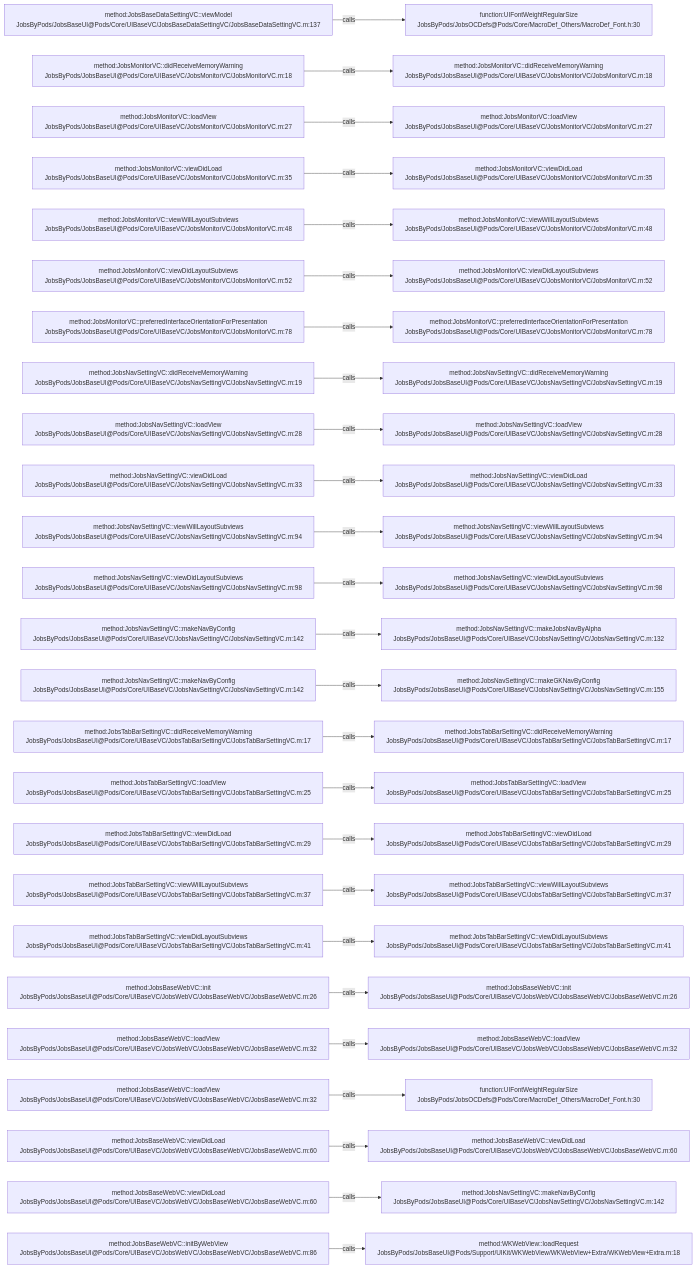
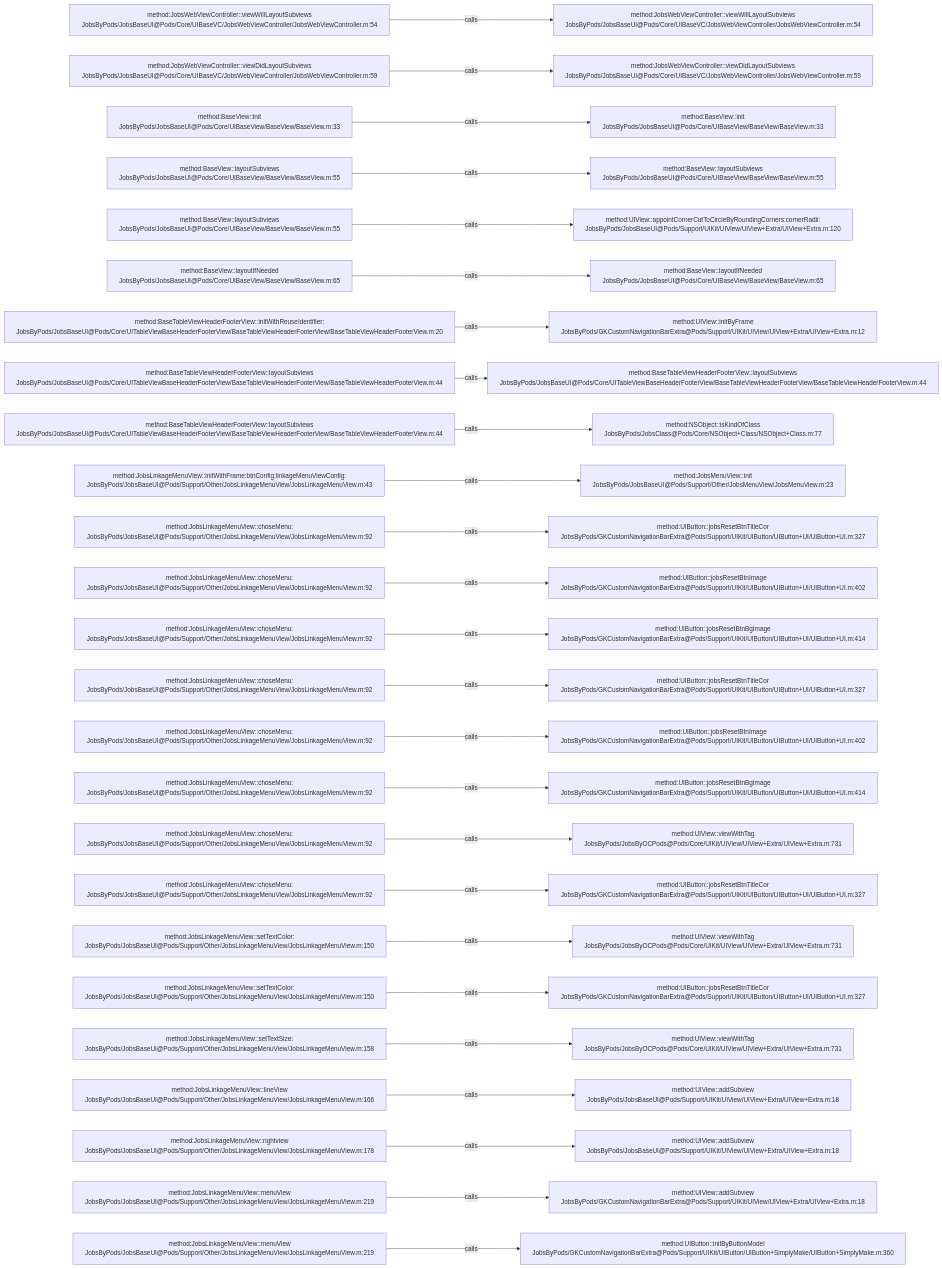
One commit to JobsKits/JobsOCBaseConfigDemo changed the diagram in .codegraph/codegraph.md/graphs/calls-034.md. Above: the diagram before and after it, drawn with Mermaid. The commit also changed 639 other files, not shown here.

````diff
--- a/.codegraph/codegraph.md/graphs/calls-034.md
+++ b/.codegraph/codegraph.md/graphs/calls-034.md
@@ -13,78 +13,78 @@
 ```mermaid
 flowchart LR
-  S1["method:JobsBaseDataSettingVC::viewModel<br/>JobsByPods/JobsBaseUI@Pods/Core/UIBaseVC/JobsBaseDataSettingVC/JobsBaseDataSettingVC.m:137"]
-  T1["function:UIFontWeightRegularSize<br/>JobsByPods/JobsOCDefs@Pods/Core/MacroDef_Others/MacroDef_Font.h:30"]
+  S1["method:JobsWebViewController::viewWillLayoutSubviews<br/>JobsByPods/JobsBaseUI@Pods/Core/UIBaseVC/JobsWebViewController/JobsWebViewController.m:54"]
+  T1["method:JobsWebViewController::viewWillLayoutSubviews<br/>JobsByPods/JobsBaseUI@Pods/Core/UIBaseVC/JobsWebViewController/JobsWebViewController.m:54"]
   S1 -->|calls| T1
-  S2["method:JobsMonitorVC::didReceiveMemoryWarning<br/>JobsByPods/JobsBaseUI@Pods/Core/UIBaseVC/JobsMonitorVC/JobsMonitorVC.m:18"]
-  T2["method:JobsMonitorVC::didReceiveMemoryWarning<br/>JobsByPods/JobsBaseUI@Pods/Core/UIBaseVC/JobsMonitorVC/JobsMonitorVC.m:18"]
+  S2["method:JobsWebViewController::viewDidLayoutSubviews<br/>JobsByPods/JobsBaseUI@Pods/Core/UIBaseVC/JobsWebViewController/JobsWebViewController.m:59"]
+  T2["method:JobsWebViewController::viewDidLayoutSubviews<br/>JobsByPods/JobsBaseUI@Pods/Core/UIBaseVC/JobsWebViewController/JobsWebViewController.m:59"]
   S2 -->|calls| T2
-  S3["method:JobsMonitorVC::loadView<br/>JobsByPods/JobsBaseUI@Pods/Core/UIBaseVC/JobsMonitorVC/JobsMonitorVC.m:27"]
-  T3["method:JobsMonitorVC::loadView<br/>JobsByPods/JobsBaseUI@Pods/Core/UIBaseVC/JobsMonitorVC/JobsMonitorVC.m:27"]
+  S3["method:BaseView::init<br/>JobsByPods/JobsBaseUI@Pods/Core/UIBaseView/BaseView/BaseView.m:33"]
+  T3["method:BaseView::init<br/>JobsByPods/JobsBaseUI@Pods/Core/UIBaseView/BaseView/BaseView.m:33"]
   S3 -->|calls| T3
-  S4["method:JobsMonitorVC::viewDidLoad<br/>JobsByPods/JobsBaseUI@Pods/Core/UIBaseVC/JobsMonitorVC/JobsMonitorVC.m:35"]
-  T4["method:JobsMonitorVC::viewDidLoad<br/>JobsByPods/JobsBaseUI@Pods/Core/UIBaseVC/JobsMonitorVC/JobsMonitorVC.m:35"]
+  S4["method:BaseView::layoutSubviews<br/>JobsByPods/JobsBaseUI@Pods/Core/UIBaseView/BaseView/BaseView.m:55"]
+  T4["method:BaseView::layoutSubviews<br/>JobsByPods/JobsBaseUI@Pods/Core/UIBaseView/BaseView/BaseView.m:55"]
   S4 -->|calls| T4
-  S5["method:JobsMonitorVC::viewWillLayoutSubviews<br/>JobsByPods/JobsBaseUI@Pods/Core/UIBaseVC/JobsMonitorVC/JobsMonitorVC.m:48"]
-  T5["method:JobsMonitorVC::viewWillLayoutSubviews<br/>JobsByPods/JobsBaseUI@Pods/Core/UIBaseVC/JobsMonitorVC/JobsMonitorVC.m:48"]
+  S5["method:BaseView::layoutSubviews<br/>JobsByPods/JobsBaseUI@Pods/Core/UIBaseView/BaseView/BaseView.m:55"]
+  T5["method:UIView::appointCornerCutToCircleByRoundingCorners:cornerRadii:<br/>JobsByPods/JobsBaseUI@Pods/Support/UIKit/UIView/UIView+Extra/UIView+Extra.m:120"]
   S5 -->|calls| T5
-  S6["method:JobsMonitorVC::viewDidLayoutSubviews<br/>JobsByPods/JobsBaseUI@Pods/Core/UIBaseVC/JobsMonitorVC/JobsMonitorVC.m:52"]
-  T6["method:JobsMonitorVC::viewDidLayoutSubviews<br/>JobsByPods/JobsBaseUI@Pods/Core/UIBaseVC/JobsMonitorVC/JobsMonitorVC.m:52"]
+  S6["method:BaseView::layoutIfNeeded<br/>JobsByPods/JobsBaseUI@Pods/Core/UIBaseView/BaseView/BaseView.m:65"]
+  T6["method:BaseView::layoutIfNeeded<br/>JobsByPods/JobsBaseUI@Pods/Core/UIBaseView/BaseView/BaseView.m:65"]
   S6 -->|calls| T6
-  S7["method:JobsMonitorVC::preferredInterfaceOrientationForPresentation<br/>JobsByPods/JobsBaseUI@Pods/Core/UIBaseVC/JobsMonitorVC/JobsMonitorVC.m:78"]
-  T7["method:JobsMonitorVC::preferredInterfaceOrientationForPresentation<br/>JobsByPods/JobsBaseUI@Pods/Core/UIBaseVC/JobsMonitorVC/JobsMonitorVC.m:78"]
+  S7["method:BaseTableViewHeaderFooterView::initWithReuseIdentifier:<br/>JobsByPods/JobsBaseUI@Pods/Core/UITableViewBaseHeaderFooterView/BaseTableViewHeaderFooterView/BaseTableViewHeaderFooterView.m:20"]
+  T7["method:UIView::initByFrame<br/>JobsByPods/GKCustomNavigationBarExtra@Pods/Support/UIKit/UIView/UIView+Extra/UIView+Extra.m:12"]
   S7 -->|calls| T7
-  S8["method:JobsNavSettingVC::didReceiveMemoryWarning<br/>JobsByPods/JobsBaseUI@Pods/Core/UIBaseVC/JobsNavSettingVC/JobsNavSettingVC.m:19"]
-  T8["method:JobsNavSettingVC::didReceiveMemoryWarning<br/>JobsByPods/JobsBaseUI@Pods/Core/UIBaseVC/JobsNavSettingVC/JobsNavSettingVC.m:19"]
+  S8["method:BaseTableViewHeaderFooterView::layoutSubviews<br/>JobsByPods/JobsBaseUI@Pods/Core/UITableViewBaseHeaderFooterView/BaseTableViewHeaderFooterView/BaseTableViewHeaderFooterView.m:44"]
+  T8["method:BaseTableViewHeaderFooterView::layoutSubviews<br/>JobsByPods/JobsBaseUI@Pods/Core/UITableViewBaseHeaderFooterView/BaseTableViewHeaderFooterView/BaseTableViewHeaderFooterView.m:44"]
   S8 -->|calls| T8
-  S9["method:JobsNavSettingVC::loadView<br/>JobsByPods/JobsBaseUI@Pods/Core/UIBaseVC/JobsNavSettingVC/JobsNavSettingVC.m:28"]
-  T9["method:JobsNavSettingVC::loadView<br/>JobsByPods/JobsBaseUI@Pods/Core/UIBaseVC/JobsNavSettingVC/JobsNavSettingVC.m:28"]
+  S9["method:BaseTableViewHeaderFooterView::layoutSubviews<br/>JobsByPods/JobsBaseUI@Pods/Core/UITableViewBaseHeaderFooterView/BaseTableViewHeaderFooterView/BaseTableViewHeaderFooterView.m:44"]
+  T9["method:NSObject::isKindOfClass<br/>JobsByPods/JobsClass@Pods/Core/NSObject+Class/NSObject+Class.m:77"]
   S9 -->|calls| T9
-  S10["method:JobsNavSettingVC::viewDidLoad<br/>JobsByPods/JobsBaseUI@Pods/Core/UIBaseVC/JobsNavSettingVC/JobsNavSettingVC.m:33"]
-  T10["method:JobsNavSettingVC::viewDidLoad<br/>JobsByPods/JobsBaseUI@Pods/Core/UIBaseVC/JobsNavSettingVC/JobsNavSettingVC.m:33"]
+  S10["method:JobsLinkageMenuView::initWithFrame:btnConfig:linkageMenuViewConfig:<br/>JobsByPods/JobsBaseUI@Pods/Support/Other/JobsLinkageMenuView/JobsLinkageMenuView.m:43"]
+  T10["method:JobsMenuView::init<br/>JobsByPods/JobsBaseUI@Pods/Support/Other/JobsMenuView/JobsMenuView.m:23"]
   S10 -->|calls| T10
-  S11["method:JobsNavSettingVC::viewWillLayoutSubviews<br/>JobsByPods/JobsBaseUI@Pods/Core/UIBaseVC/JobsNavSettingVC/JobsNavSettingVC.m:94"]
-  T11["method:JobsNavSettingVC::viewWillLayoutSubviews<br/>JobsByPods/JobsBaseUI@Pods/Core/UIBaseVC/JobsNavSettingVC/JobsNavSettingVC.m:94"]
+  S11["method:JobsLinkageMenuView::choseMenu:<br/>JobsByPods/JobsBaseUI@Pods/Support/Other/JobsLinkageMenuView/JobsLinkageMenuView.m:92"]
+  T11["method:UIButton::jobsResetBtnTitleCor<br/>JobsByPods/GKCustomNavigationBarExtra@Pods/Support/UIKit/UIButton/UIButton+UI/UIButton+UI.m:327"]
   S11 -->|calls| T11
-  S12["method:JobsNavSettingVC::viewDidLayoutSubviews<br/>JobsByPods/JobsBaseUI@Pods/Core/UIBaseVC/JobsNavSettingVC/JobsNavSettingVC.m:98"]
-  T12["method:JobsNavSettingVC::viewDidLayoutSubviews<br/>JobsByPods/JobsBaseUI@Pods/Core/UIBaseVC/JobsNavSettingVC/JobsNavSettingVC.m:98"]
+  S12["method:JobsLinkageMenuView::choseMenu:<br/>JobsByPods/JobsBaseUI@Pods/Support/Other/JobsLinkageMenuView/JobsLinkageMenuView.m:92"]
+  T12["method:UIButton::jobsResetBtnImage<br/>JobsByPods/GKCustomNavigationBarExtra@Pods/Support/UIKit/UIButton/UIButton+UI/UIButton+UI.m:402"]
   S12 -->|calls| T12
-  S13["method:JobsNavSettingVC::makeNavByConfig<br/>JobsByPods/JobsBaseUI@Pods/Core/UIBaseVC/JobsNavSettingVC/JobsNavSettingVC.m:142"]
-  T13["method:JobsNavSettingVC::makeJobsNavByAlpha<br/>JobsByPods/JobsBaseUI@Pods/Core/UIBaseVC/JobsNavSettingVC/JobsNavSettingVC.m:132"]
+  S13["method:JobsLinkageMenuView::choseMenu:<br/>JobsByPods/JobsBaseUI@Pods/Support/Other/JobsLinkageMenuView/JobsLinkageMenuView.m:92"]
+  T13["method:UIButton::jobsResetBtnBgImage<br/>JobsByPods/GKCustomNavigationBarExtra@Pods/Support/UIKit/UIButton/UIButton+UI/UIButton+UI.m:414"]
   S13 -->|calls| T13
-  S14["method:JobsNavSettingVC::makeNavByConfig<br/>JobsByPods/JobsBaseUI@Pods/Core/UIBaseVC/JobsNavSettingVC/JobsNavSettingVC.m:142"]
-  T14["method:JobsNavSettingVC::makeGKNavByConfig<br/>JobsByPods/JobsBaseUI@Pods/Core/UIBaseVC/JobsNavSettingVC/JobsNavSettingVC.m:155"]
+  S14["method:JobsLinkageMenuView::choseMenu:<br/>JobsByPods/JobsBaseUI@Pods/Support/Other/JobsLinkageMenuView/JobsLinkageMenuView.m:92"]
+  T14["method:UIButton::jobsResetBtnTitleCor<br/>JobsByPods/GKCustomNavigationBarExtra@Pods/Support/UIKit/UIButton/UIButton+UI/UIButton+UI.m:327"]
   S14 -->|calls| T14
-  S15["method:JobsTabBarSettingVC::didReceiveMemoryWarning<br/>JobsByPods/JobsBaseUI@Pods/Core/UIBaseVC/JobsTabBarSettingVC/JobsTabBarSettingVC.m:17"]
-  T15["method:JobsTabBarSettingVC::didReceiveMemoryWarning<br/>JobsByPods/JobsBaseUI@Pods/Core/UIBaseVC/JobsTabBarSettingVC/JobsTabBarSettingVC.m:17"]
+  S15["method:JobsLinkageMenuView::choseMenu:<br/>JobsByPods/JobsBaseUI@Pods/Support/Other/JobsLinkageMenuView/JobsLinkageMenuView.m:92"]
+  T15["method:UIButton::jobsResetBtnImage<br/>JobsByPods/GKCustomNavigationBarExtra@Pods/Support/UIKit/UIButton/UIButton+UI/UIButton+UI.m:402"]
   S15 -->|calls| T15
-  S16["method:JobsTabBarSettingVC::loadView<br/>JobsByPods/JobsBaseUI@Pods/Core/UIBaseVC/JobsTabBarSettingVC/JobsTabBarSettingVC.m:25"]
-  T16["method:JobsTabBarSettingVC::loadView<br/>JobsByPods/JobsBaseUI@Pods/Core/UIBaseVC/JobsTabBarSettingVC/JobsTabBarSettingVC.m:25"]
+  S16["method:JobsLinkageMenuView::choseMenu:<br/>JobsByPods/JobsBaseUI@Pods/Support/Other/JobsLinkageMenuView/JobsLinkageMenuView.m:92"]
+  T16["method:UIButton::jobsResetBtnBgImage<br/>JobsByPods/GKCustomNavigationBarExtra@Pods/Support/UIKit/UIButton/UIButton+UI/UIButton+UI.m:414"]
   S16 -->|calls| T16
-  S17["method:JobsTabBarSettingVC::viewDidLoad<br/>JobsByPods/JobsBaseUI@Pods/Core/UIBaseVC/JobsTabBarSettingVC/JobsTabBarSettingVC.m:29"]
-  T17["method:JobsTabBarSettingVC::viewDidLoad<br/>JobsByPods/JobsBaseUI@Pods/Core/UIBaseVC/JobsTabBarSettingVC/JobsTabBarSettingVC.m:29"]
+  S17["method:JobsLinkageMenuView::choseMenu:<br/>JobsByPods/JobsBaseUI@Pods/Support/Other/JobsLinkageMenuView/JobsLinkageMenuView.m:92"]
+  T17["method:UIView::viewWithTag<br/>JobsByPods/JobsByOCPods@Pods/Core/UIKit/UIView/UIView+Extra/UIView+Extra.m:731"]
   S17 -->|calls| T17
-  S18["method:JobsTabBarSettingVC::viewWillLayoutSubviews<br/>JobsByPods/JobsBaseUI@Pods/Core/UIBaseVC/JobsTabBarSettingVC/JobsTabBarSettingVC.m:37"]
-  T18["method:JobsTabBarSettingVC::viewWillLayoutSubviews<br/>JobsByPods/JobsBaseUI@Pods/Core/UIBaseVC/JobsTabBarSettingVC/JobsTabBarSettingVC.m:37"]
+  S18["method:JobsLinkageMenuView::choseMenu:<br/>JobsByPods/JobsBaseUI@Pods/Support/Other/JobsLinkageMenuView/JobsLinkageMenuView.m:92"]
+  T18["method:UIButton::jobsResetBtnTitleCor<br/>JobsByPods/GKCustomNavigationBarExtra@Pods/Support/UIKit/UIButton/UIButton+UI/UIButton+UI.m:327"]
   S18 -->|calls| T18
-  S19["method:JobsTabBarSettingVC::viewDidLayoutSubviews<br/>JobsByPods/JobsBaseUI@Pods/Core/UIBaseVC/JobsTabBarSettingVC/JobsTabBarSettingVC.m:41"]
-  T19["method:JobsTabBarSettingVC::viewDidLayoutSubviews<br/>JobsByPods/JobsBaseUI@Pods/Core/UIBaseVC/JobsTabBarSettingVC/JobsTabBarSettingVC.m:41"]
+  S19["method:JobsLinkageMenuView::setTextColor:<br/>JobsByPods/JobsBaseUI@Pods/Support/Other/JobsLinkageMenuView/JobsLinkageMenuView.m:150"]
+  T19["method:UIView::viewWithTag<br/>JobsByPods/JobsByOCPods@Pods/Core/UIKit/UIView/UIView+Extra/UIView+Extra.m:731"]
   S19 -->|calls| T19
-  S20["method:JobsBaseWebVC::init<br/>JobsByPods/JobsBaseUI@Pods/Core/UIBaseVC/JobsWebVC/JobsBaseWebVC/JobsBaseWebVC.m:26"]
-  T20["method:JobsBaseWebVC::init<br/>JobsByPods/JobsBaseUI@Pods/Core/UIBaseVC/JobsWebVC/JobsBaseWebVC/JobsBaseWebVC.m:26"]
+  S20["method:JobsLinkageMenuView::setTextColor:<br/>JobsByPods/JobsBaseUI@Pods/Support/Other/JobsLinkageMenuView/JobsLinkageMenuView.m:150"]
+  T20["method:UIButton::jobsResetBtnTitleCor<br/>JobsByPods/GKCustomNavigationBarExtra@Pods/Support/UIKit/UIButton/UIButton+UI/UIButton+UI.m:327"]
   S20 -->|calls| T20
-  S21["method:JobsBaseWebVC::loadView<br/>JobsByPods/JobsBaseUI@Pods/Core/UIBaseVC/JobsWebVC/JobsBaseWebVC/JobsBaseWebVC.m:32"]
-  T21["method:JobsBaseWebVC::loadView<br/>JobsByPods/JobsBaseUI@Pods/Core/UIBaseVC/JobsWebVC/JobsBaseWebVC/JobsBaseWebVC.m:32"]
+  S21["method:JobsLinkageMenuView::setTextSize:<br/>JobsByPods/JobsBaseUI@Pods/Support/Other/JobsLinkageMenuView/JobsLinkageMenuView.m:158"]
+  T21["method:UIView::viewWithTag<br/>JobsByPods/JobsByOCPods@Pods/Core/UIKit/UIView/UIView+Extra/UIView+Extra.m:731"]
   S21 -->|calls| T21
-  S22["method:JobsBaseWebVC::loadView<br/>JobsByPods/JobsBaseUI@Pods/Core/UIBaseVC/JobsWebVC/JobsBaseWebVC/JobsBaseWebVC.m:32"]
-  T22["function:UIFontWeightRegularSize<br/>JobsByPods/JobsOCDefs@Pods/Core/MacroDef_Others/MacroDef_Font.h:30"]
+  S22["method:JobsLinkageMenuView::lineView<br/>JobsByPods/JobsBaseUI@Pods/Support/Other/JobsLinkageMenuView/JobsLinkageMenuView.m:166"]
+  T22["method:UIView::addSubview<br/>JobsByPods/JobsBaseUI@Pods/Support/UIKit/UIView/UIView+Extra/UIView+Extra.m:18"]
   S22 -->|calls| T22
-  S23["method:JobsBaseWebVC::viewDidLoad<br/>JobsByPods/JobsBaseUI@Pods/Core/UIBaseVC/JobsWebVC/JobsBaseWebVC/JobsBaseWebVC.m:60"]
-  T23["method:JobsBaseWebVC::viewDidLoad<br/>JobsByPods/JobsBaseUI@Pods/Core/UIBaseVC/JobsWebVC/JobsBaseWebVC/JobsBaseWebVC.m:60"]
+  S23["method:JobsLinkageMenuView::rightview<br/>JobsByPods/JobsBaseUI@Pods/Support/Other/JobsLinkageMenuView/JobsLinkageMenuView.m:178"]
+  T23["method:UIView::addSubview<br/>JobsByPods/JobsBaseUI@Pods/Support/UIKit/UIView/UIView+Extra/UIView+Extra.m:18"]
   S23 -->|calls| T23
-  S24["method:JobsBaseWebVC::viewDidLoad<br/>JobsByPods/JobsBaseUI@Pods/Core/UIBaseVC/JobsWebVC/JobsBaseWebVC/JobsBaseWebVC.m:60"]
-  T24["method:JobsNavSettingVC::makeNavByConfig<br/>JobsByPods/JobsBaseUI@Pods/Core/UIBaseVC/JobsNavSettingVC/JobsNavSettingVC.m:142"]
+  S24["method:JobsLinkageMenuView::menuView<br/>JobsByPods/JobsBaseUI@Pods/Support/Other/JobsLinkageMenuView/JobsLinkageMenuView.m:219"]
+  T24["method:UIView::addSubview<br/>JobsByPods/GKCustomNavigationBarExtra@Pods/Support/UIKit/UIView/UIView+Extra/UIView+Extra.m:18"]
   S24 -->|calls| T24
-  S25["method:JobsBaseWebVC::initByWebView<br/>JobsByPods/JobsBaseUI@Pods/Core/UIBaseVC/JobsWebVC/JobsBaseWebVC/JobsBaseWebVC.m:86"]
-  T25["method:WKWebView::loadRequest<br/>JobsByPods/JobsBaseUI@Pods/Support/UIKit/WKWebView/WKWebView+Extra/WKWebView+Extra.m:18"]
+  S25["method:JobsLinkageMenuView::menuView<br/>JobsByPods/JobsBaseUI@Pods/Support/Other/JobsLinkageMenuView/JobsLinkageMenuView.m:219"]
+  T25["method:UIButton::initByButtonModel<br/>JobsByPods/GKCustomNavigationBarExtra@Pods/Support/UIKit/UIButton/UIButton+SimplyMake/UIButton+SimplyMake.m:360"]
   S25 -->|calls| T25
 ```
````
